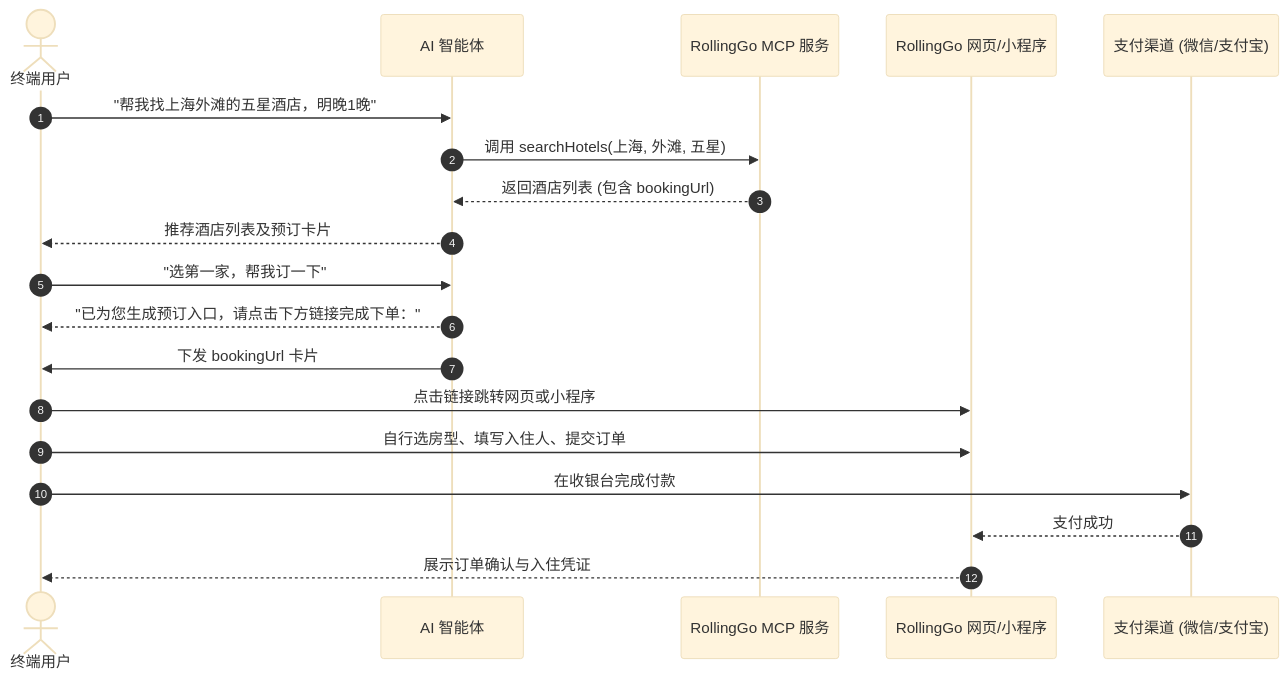
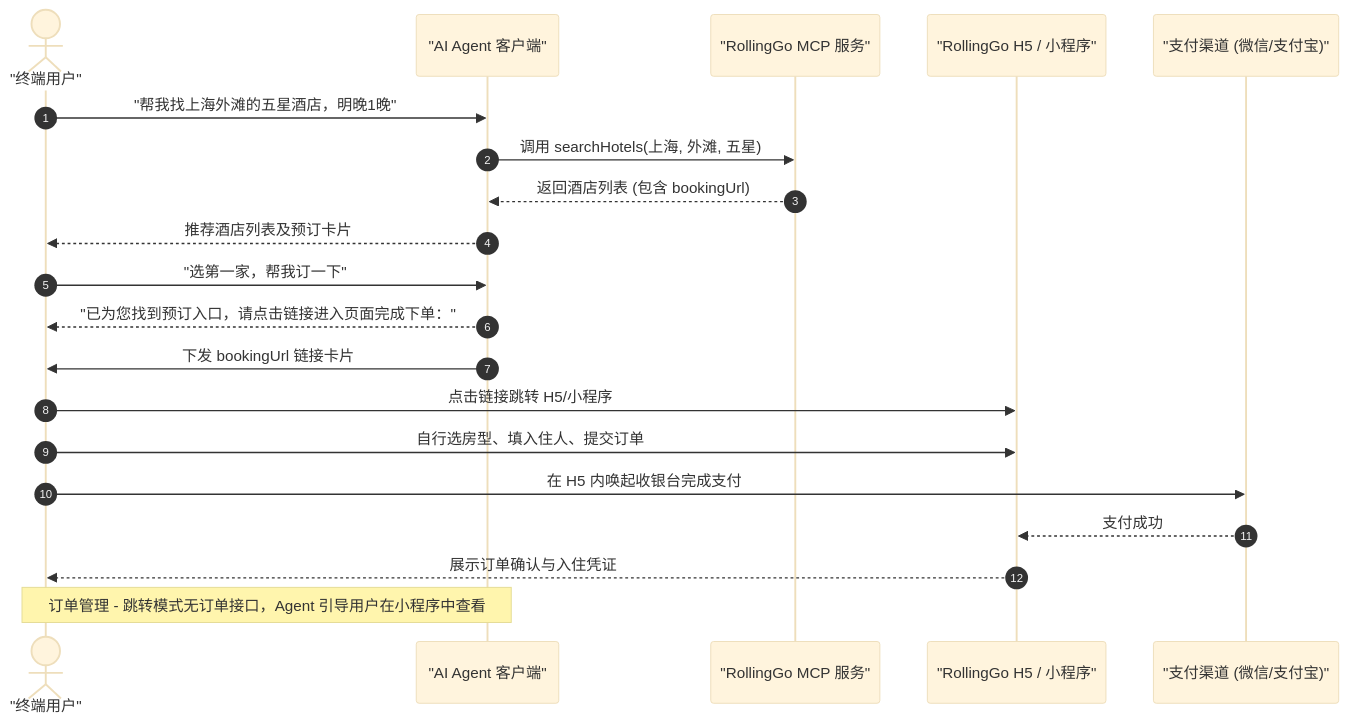
One commit to RollingGo-AI/docs changed the first of 2 diagrams in zh/guides/overview.mdx. Above: the diagram before and after it, drawn with Mermaid (base theme). The commit also changed other lines of this file and 1 other file, not shown here.

````diff
--- a/zh/guides/overview.mdx
+++ b/zh/guides/overview.mdx
@@ -32,24 +46,26 @@
 ```mermaid
 sequenceDiagram
     autonumber
-    actor User as 终端用户
-    participant Agent as AI 智能体
-    participant RG as RollingGo MCP 服务
-    participant WebApp as RollingGo 网页/小程序
-    participant Pay as 支付渠道 (微信/支付宝)
+    actor User as "终端用户"
+    participant Agent as "AI Agent 客户端"
+    participant RG as "RollingGo MCP 服务"
+    participant H5 as "RollingGo H5 / 小程序"
+    participant Pay as "支付渠道 (微信/支付宝)"
 
     User->>Agent: "帮我找上海外滩的五星酒店，明晚1晚"
     Agent->>RG: 调用 searchHotels(上海, 外滩, 五星)
     RG-->>Agent: 返回酒店列表 (包含 bookingUrl)
     Agent-->>User: 推荐酒店列表及预订卡片
 
     User->>Agent: "选第一家，帮我订一下"
-    Agent-->>User: "已为您生成预订入口，请点击下方链接完成下单："
-    Agent->>User: 下发 bookingUrl 卡片
+    Agent-->>User: "已为您找到预订入口，请点击链接进入页面完成下单："
+    Agent->>User: 下发 bookingUrl 链接卡片
 
-    User->>WebApp: 点击链接跳转网页或小程序
-    User->>WebApp: 自行选房型、填写入住人、提交订单
-    User->>Pay: 在收银台完成付款
-    Pay-->>WebApp: 支付成功
-    WebApp-->>User: 展示订单确认与入住凭证
+    User->>H5: 点击链接跳转 H5/小程序
+    User->>H5: 自行选房型、填入住人、提交订单
+    User->>Pay: 在 H5 内唤起收银台完成支付
+    Pay-->>H5: 支付成功
+    H5-->>User: 展示订单确认与入住凭证
+
+    Note over User, Agent: 订单管理 - 跳转模式无订单接口，Agent 引导用户在小程序中查看
 ```
````
